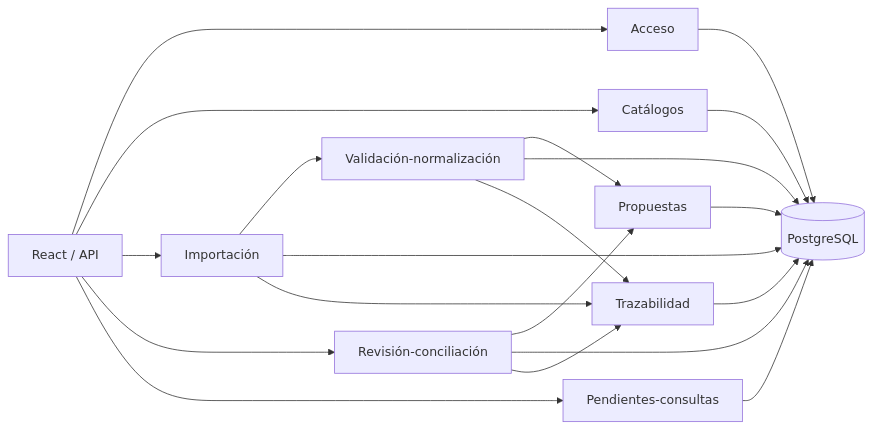
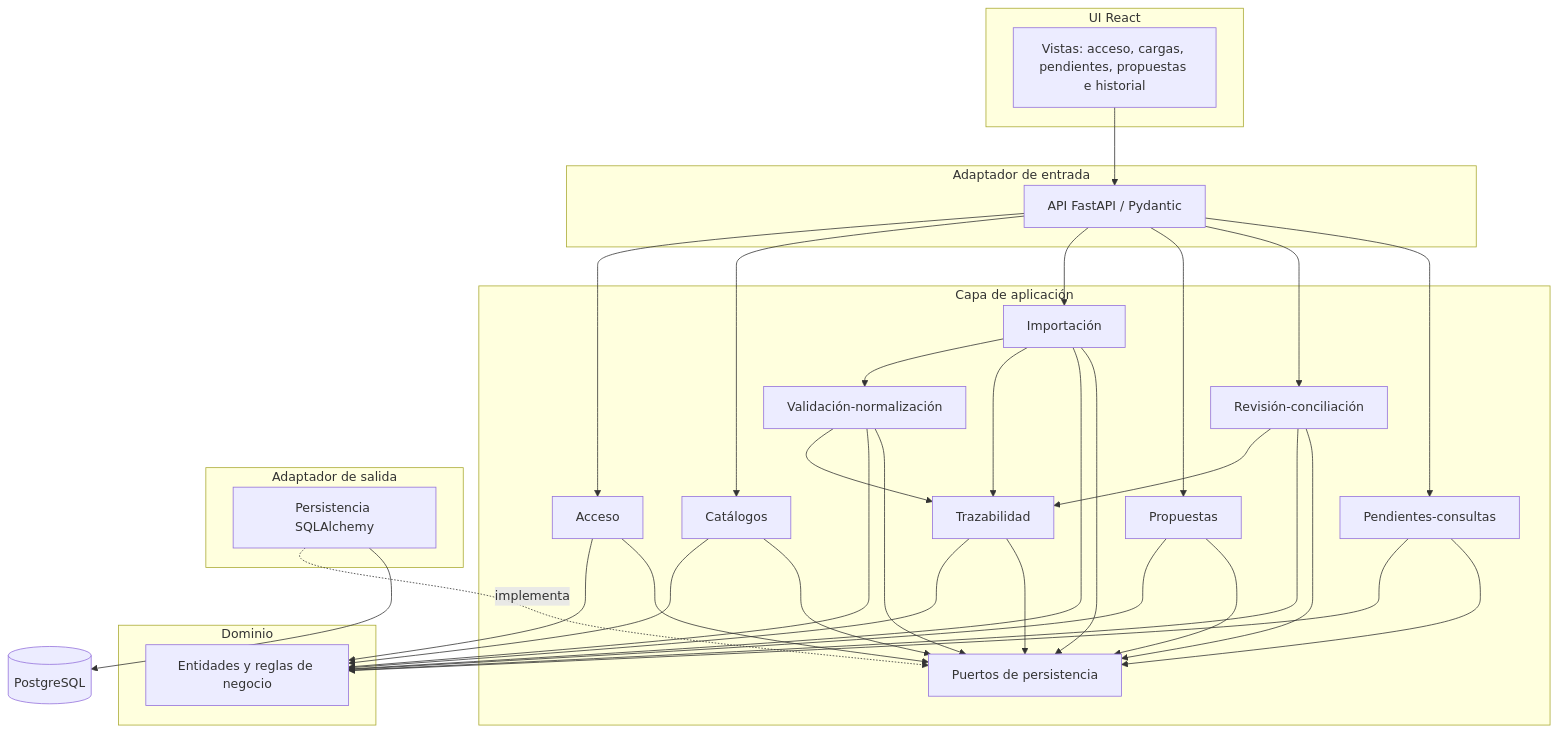
One commit to turkaym/conciliador-financiero changed the fourth of 8 diagrams in docs/segunda-entrega/06-diagramas.md. Above: the diagram before and after it, drawn with Mermaid. The commit also changed other lines of this file and 50 other files, not shown here.

````diff
--- a/docs/segunda-entrega/06-diagramas.md
+++ b/docs/segunda-entrega/06-diagramas.md
@@ -63,22 +65,56 @@
 ```mermaid
-flowchart LR
- UI[React / API] --> AC[Acceso]
- UI --> CA[Catálogos]
- UI --> IM[Importación]
- IM --> VN[Validación-normalización]
- VN --> PR[Propuestas]
- UI --> RC[Revisión-conciliación]
- RC --> PR
- UI --> PC[Pendientes-consultas]
- AC --> DB[(PostgreSQL)]
- CA --> DB
- IM --> DB
- VN --> DB
- PR --> DB
- RC --> DB
- PC --> DB
- TR[Trazabilidad] --> DB
+flowchart TB
+ subgraph UI[UI React]
+  V[Vistas: acceso, cargas, pendientes, propuestas e historial]
+ end
+ subgraph IN[Adaptador de entrada]
+  API[API FastAPI / Pydantic]
+ end
+ subgraph APP[Capa de aplicación]
+  AC[Acceso]
+  CA[Catálogos]
+  IM[Importación]
+  VN[Validación-normalización]
+  PR[Propuestas]
+  RC[Revisión-conciliación]
+  PC[Pendientes-consultas]
+  TR[Trazabilidad]
+  PORT[Puertos de persistencia]
+ end
+ subgraph DOM[Dominio]
+  D[Entidades y reglas de negocio]
+ end
+ subgraph OUT[Adaptador de salida]
+  PA[Persistencia SQLAlchemy]
+ end
+ DB[(PostgreSQL)]
+ V --> API
+ API --> AC
+ API --> CA
+ API --> IM
+ API --> PR
+ API --> RC
+ API --> PC
+ IM --> VN
  IM --> TR
  VN --> TR
  RC --> TR
+ AC --> D
+ CA --> D
+ IM --> D
+ VN --> D
+ PR --> D
+ RC --> D
+ PC --> D
+ TR --> D
+ AC --> PORT
+ CA --> PORT
+ IM --> PORT
+ VN --> PORT
+ PR --> PORT
+ RC --> PORT
+ PC --> PORT
+ TR --> PORT
+ PA -. implementa .-> PORT
+ PA --> DB
 ```
````
